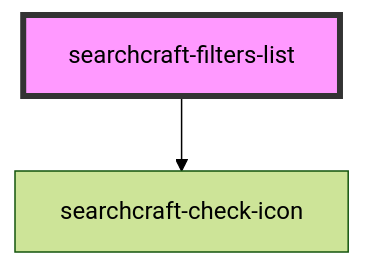
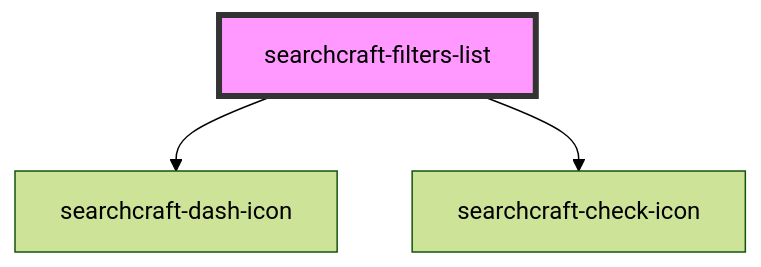
The diagram in packages/javascript-sdk/src/components/searchcraft-filters-list/readme.md (searchcraft-inc/searchcraft-javascript-sdks), drawn with Mermaid (forest theme) before and after one commit. The commit also changed other lines of this file and 84 other files, not shown here.

Commit message:
Add dash icon to checkboxes

````diff
--- a/packages/javascript-sdk/src/components/searchcraft-filters-list/readme.md
+++ b/packages/javascript-sdk/src/components/searchcraft-filters-list/readme.md
@@ -29,5 +30,6 @@
 ```mermaid
 graph TD;
+  searchcraft-filters-list --> searchcraft-dash-icon
   searchcraft-filters-list --> searchcraft-check-icon
   style searchcraft-filters-list fill:#f9f,stroke:#333,stroke-width:4px
 ```
````
